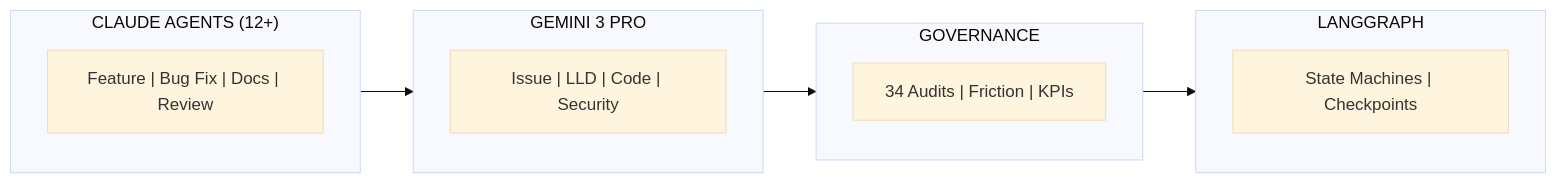
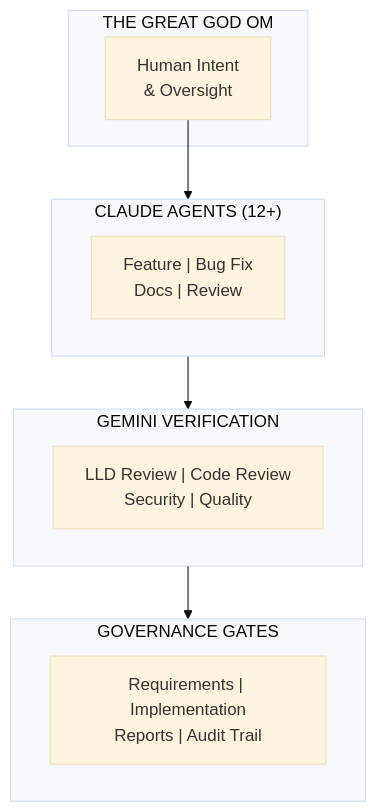
One commit to martymcenroe/AgentOS changed the diagram in README.md. Above: the diagram before and after it, drawn with Mermaid (base theme). The commit also changed other lines of this file, not shown here.

````diff
--- a/README.md
+++ b/README.md
@@ -13,20 +29,22 @@
 ```mermaid
-graph LR
-    subgraph Agents["CLAUDE AGENTS (12+)"]
-        A["Feature | Bug Fix | Docs | Review"]
+graph TD
+    subgraph Intent["THE GREAT GOD OM"]
+        O["Human Intent<br/>& Oversight"]
     end
 
-    subgraph Gemini["GEMINI 3 PRO"]
-        G["Issue | LLD | Code | Security"]
+    subgraph Agents["CLAUDE AGENTS (12+)"]
+        A["Feature | Bug Fix<br/>Docs | Review"]
     end
 
-    subgraph Gov["GOVERNANCE"]
-        M["34 Audits | Friction | KPIs"]
+    subgraph Gemini["GEMINI VERIFICATION"]
+        G["LLD Review | Code Review<br/>Security | Quality"]
     end
 
-    subgraph Road["LANGGRAPH"]
-        R["State Machines | Checkpoints"]
+    subgraph Gov["GOVERNANCE GATES"]
+        M["Requirements | Implementation<br/>Reports | Audit Trail"]
     end
 
-    Agents --> Gemini --> Gov --> Road
+    O --> Agents
+    Agents --> Gemini
+    Gemini --> Gov
 ```
````
